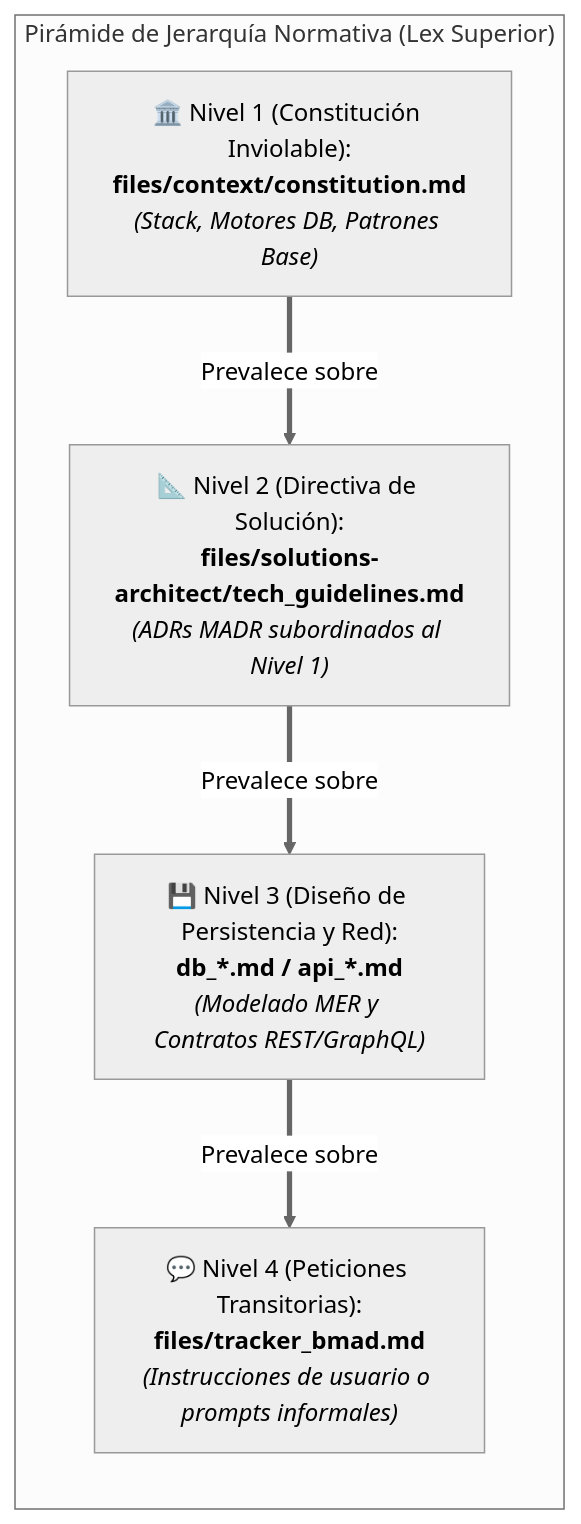
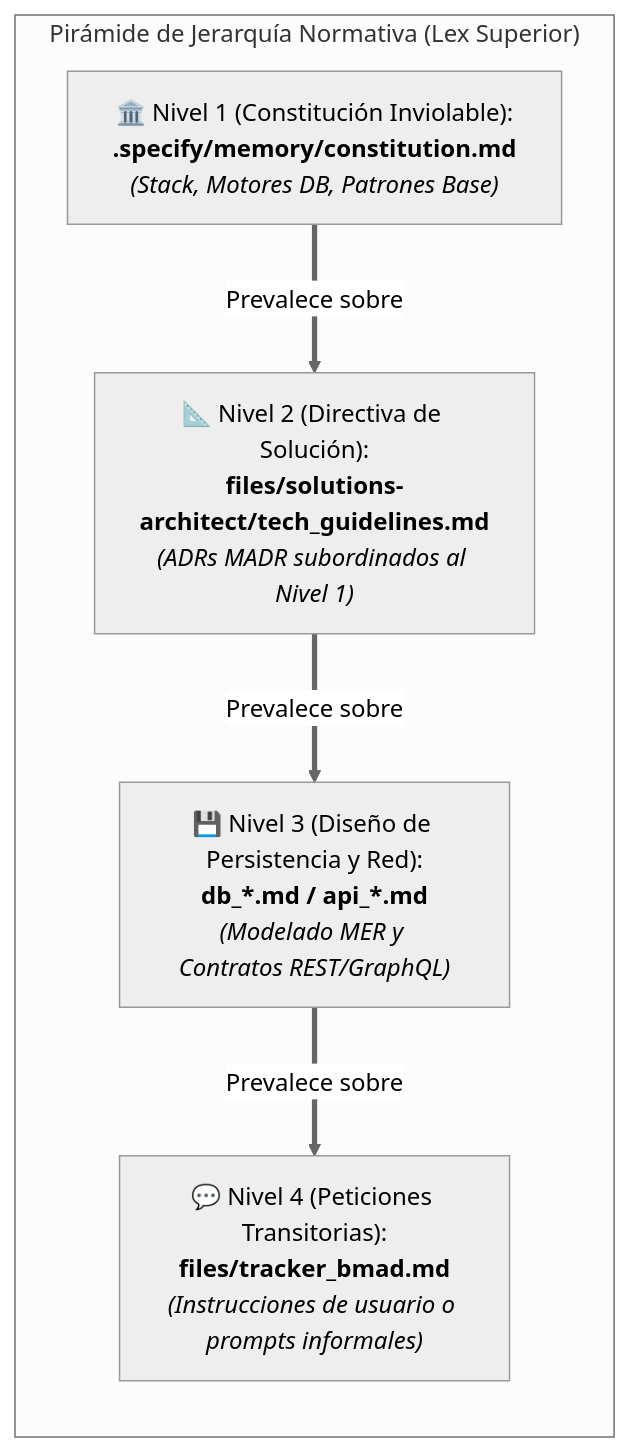
One commit to pauloravicaceres/template-bmad changed the third of 3 diagrams in README.md. Above: the diagram before and after it, drawn with Mermaid (neutral theme). The commit also changed other lines of this file and 41 other files, not shown here.

First line of the commit message:
fix(bmad): unificar ruta de constitution.md a .specify/memory/ como fuente unica de verdad

````diff
--- a/README.md
+++ b/README.md
@@ -274,14 +274,14 @@
 ```mermaid
 flowchart TD
     subgraph JerarquiaNormativa ["Pirámide de Jerarquía Normativa (Lex Superior)"]
         direction TB
-        L1["🏛️ Nivel 1 (Constitución Inviolable):<br><b>files/context/constitution.md</b><br><i>(Stack, Motores DB, Patrones Base)</i>"]
+        L1["🏛️ Nivel 1 (Constitución Inviolable):<br><b>.specify/memory/constitution.md</b><br><i>(Stack, Motores DB, Patrones Base)</i>"]
         L2["📐 Nivel 2 (Directiva de Solución):<br><b>files/solutions-architect/tech_guidelines.md</b><br><i>(ADRs MADR subordinados al Nivel 1)</i>"]
         L3["💾 Nivel 3 (Diseño de Persistencia y Red):<br><b>db_*.md / api_*.md</b><br><i>(Modelado MER y Contratos REST/GraphQL)</i>"]
         L4["💬 Nivel 4 (Peticiones Transitorias):<br><b>files/tracker_bmad.md</b><br><i>(Instrucciones de usuario o prompts informales)</i>"]
     end
     
     L1 ==>|Prevalece sobre| L2
     L2 ==>|Prevalece sobre| L3
     L3 ==>|Prevalece sobre| L4
 ```
````
